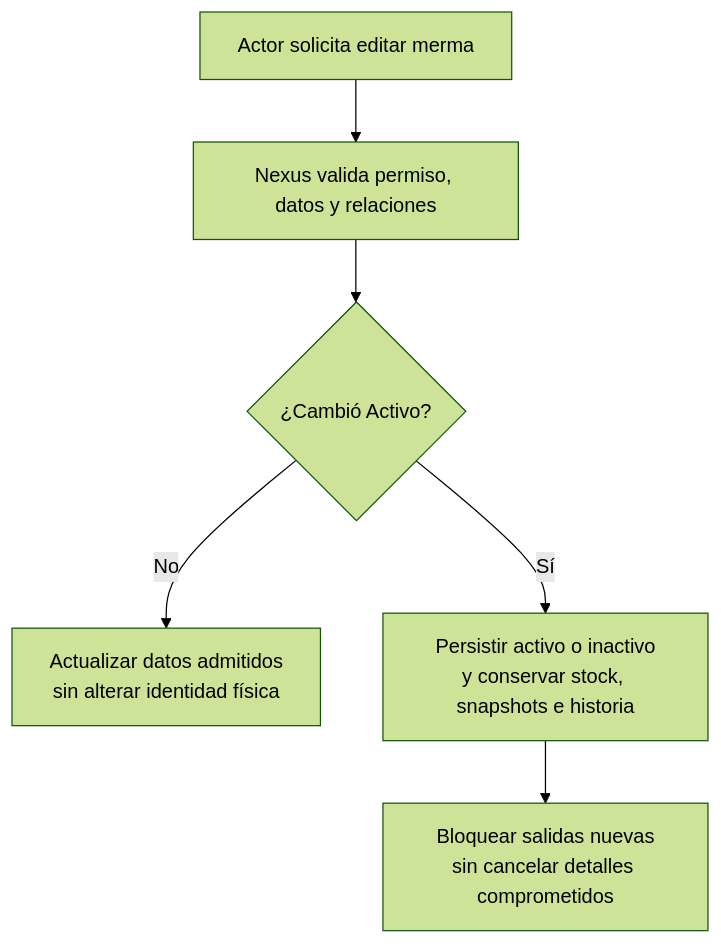
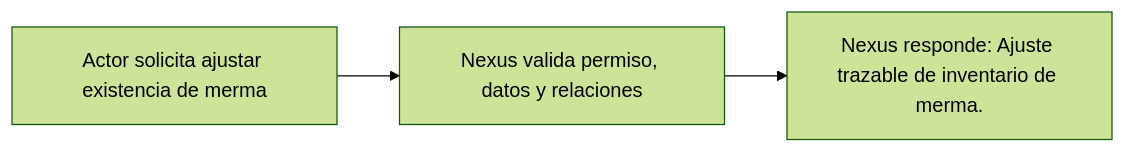
The diagram in docs/requirements/diagrams/catalogs/cu-cat-21.md (gpgsistemas01/nexus), drawn with Mermaid (forest theme) before and after one commit. The commit also changed other lines of this file and 207 other files, not shown here.

````diff
--- a/docs/requirements/diagrams/catalogs/cu-cat-21.md
+++ b/docs/requirements/diagrams/catalogs/cu-cat-21.md
@@ -3,8 +3,5 @@
 ```mermaid
-flowchart TD
-    request["Actor solicita editar merma"] --> validate["Nexus valida permiso, datos y relaciones"]
-    validate --> active{"¿Cambió Activo?"}
-    active -->|No| result["Actualizar datos admitidos<br/>sin alterar identidad física"]
-    active -->|Sí| preserve["Persistir activo o inactivo<br/>y conservar stock, snapshots e historia"]
-    preserve --> boundary["Bloquear salidas nuevas<br/>sin cancelar detalles comprometidos"]
+flowchart LR
+    request["Actor solicita ajustar existencia de merma"] --> validate["Nexus valida permiso, datos y relaciones"]
+    validate --> result["Nexus responde: Ajuste trazable de inventario de merma."]
 ```
````
